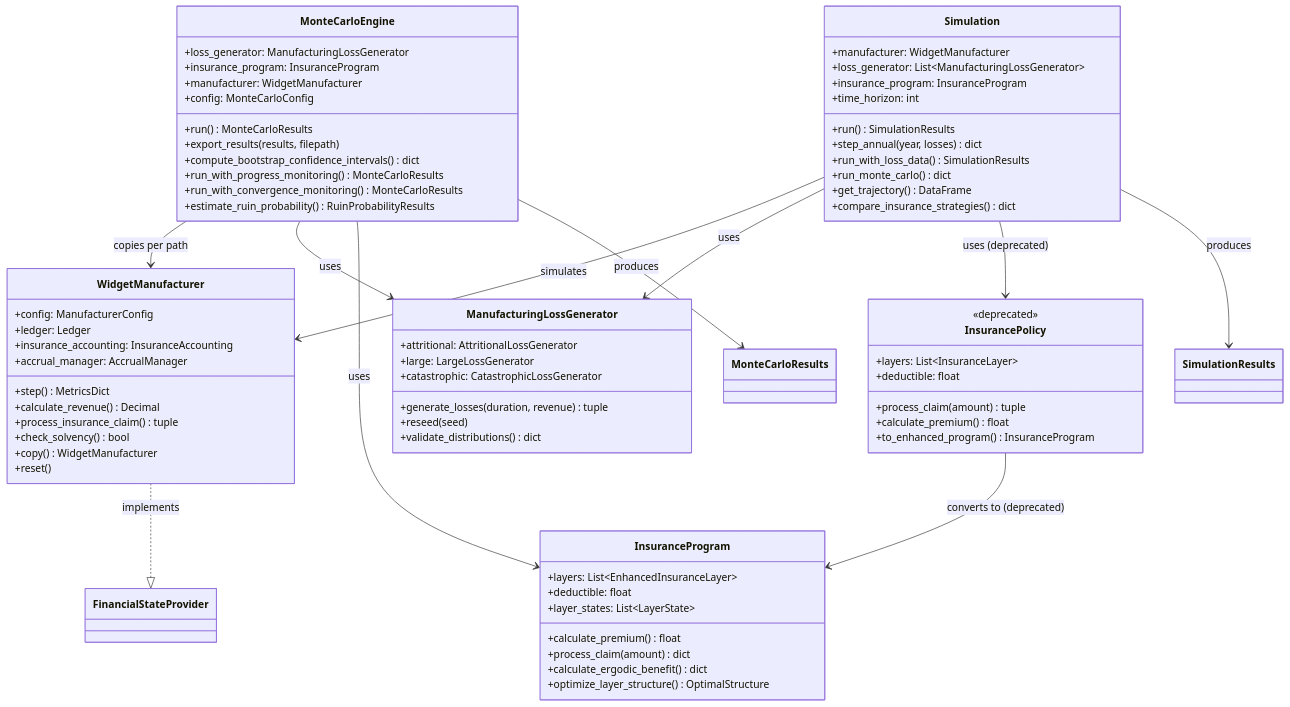
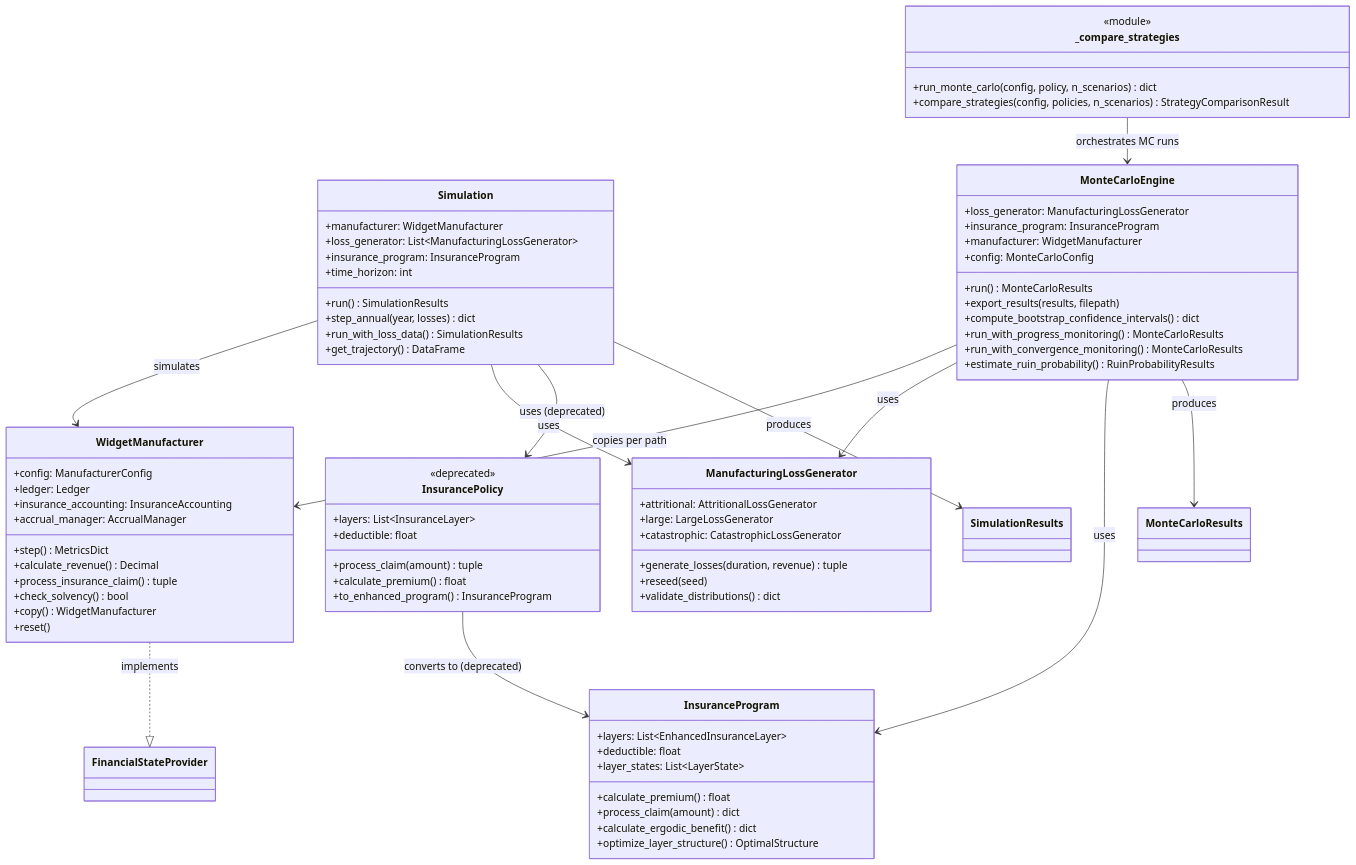
Before and after one commit to AlexFiliakov/Ergodic-Insurance-Limits: the first of 6 diagrams in ergodic_insurance/docs/architecture/class_diagrams/core_classes.md, drawn with Mermaid. The commit also changed other lines of this file and 1 other file, not shown here.

Commit message:
docs: update architecture diagrams for standalone MC functions (#1301)
Update Mermaid class diagrams and prose in monte_carlo_architecture.md
and core_classes.md to reflect the extraction of run_monte_carlo() and
compare_strategies() from Simulation classmethods to standalone
functions in _compare_strategies module.

```diff
--- a/ergodic_insurance/docs/architecture/class_diagrams/core_classes.md
+++ b/ergodic_insurance/docs/architecture/class_diagrams/core_classes.md
@@ -19,9 +19,13 @@
         +run() SimulationResults
         +step_annual(year, losses) dict
         +run_with_loss_data() SimulationResults
-        +run_monte_carlo() dict
         +get_trajectory() DataFrame
-        +compare_insurance_strategies() dict
+    }
+
+    class _compare_strategies {
+        <<module>>
+        +run_monte_carlo(config, policy, n_scenarios) dict
+        +compare_strategies(config, policies, n_scenarios) StrategyComparisonResult
     }
 
     class MonteCarloEngine {
@@ -88,6 +92,8 @@
     MonteCarloEngine --> InsuranceProgram : uses
     MonteCarloEngine --> MonteCarloResults : produces
 
+    _compare_strategies --> MonteCarloEngine : orchestrates MC runs
+
     InsurancePolicy --> InsuranceProgram : converts to (deprecated)
 
     WidgetManufacturer ..|> FinancialStateProvider : implements
```
